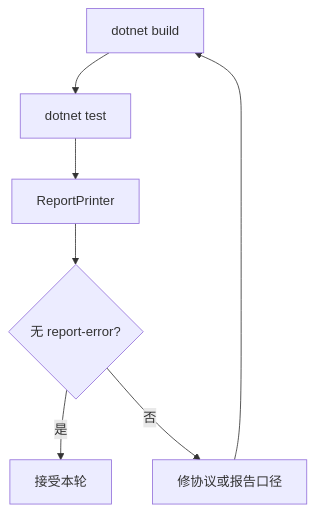
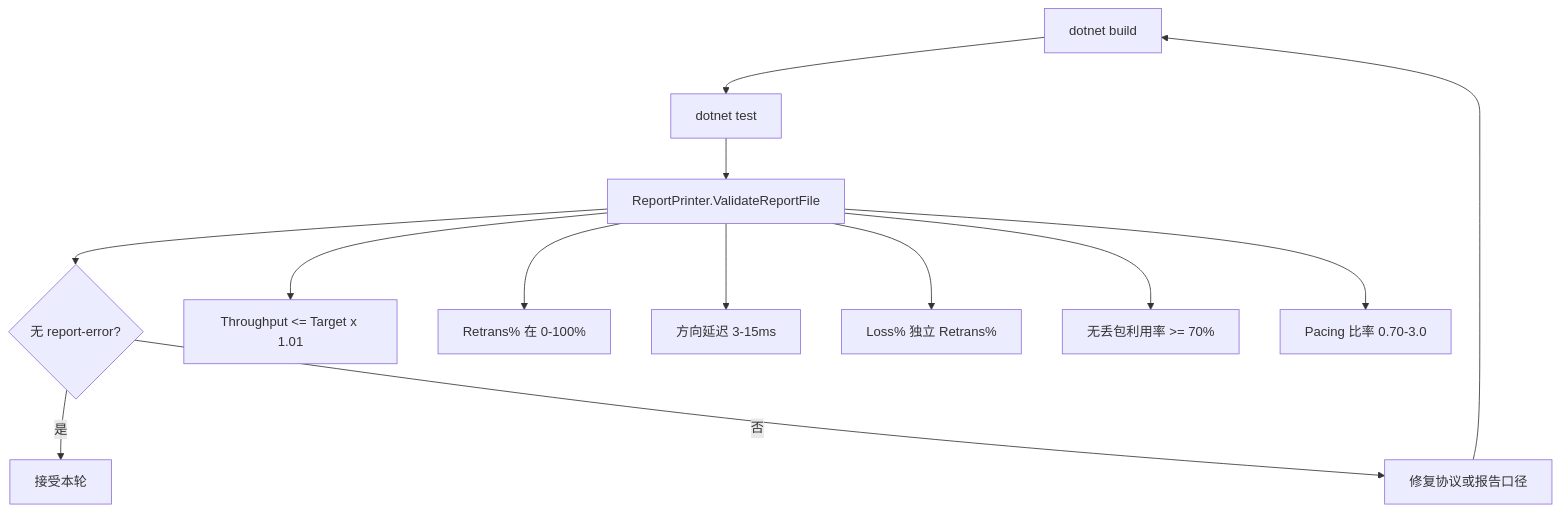
One commit to liulilittle/ucp changed diagram 14 of 14 in docs/architecture_CN.md. Above: the diagram before and after it, drawn with Mermaid. The commit also changed other lines of this file and 17 other files, not shown here.

````diff
--- a/docs/architecture_CN.md
+++ b/docs/architecture_CN.md
@@ -282,9 +448,16 @@
 ```mermaid
 flowchart TD
     Build[dotnet build] --> Tests[dotnet test]
-    Tests --> Report[ReportPrinter]
+    Tests --> Report[ReportPrinter.ValidateReportFile]
     Report --> Metrics{无 report-error?}
     Metrics -->|是| Done[接受本轮]
-    Metrics -->|否| Fix[修协议或报告口径]
+    Metrics -->|否| Fix[修复协议或报告口径]
     Fix --> Build
+
+    Report --> C1[Throughput <= Target x 1.01]
+    Report --> C2[Retrans% 在 0-100%]
+    Report --> C3[方向延迟 3-15ms]
+    Report --> C4[Loss% 独立 Retrans%]
+    Report --> C5[无丢包利用率 >= 70%]
+    Report --> C6[Pacing 比率 0.70-3.0]
 ```
````
